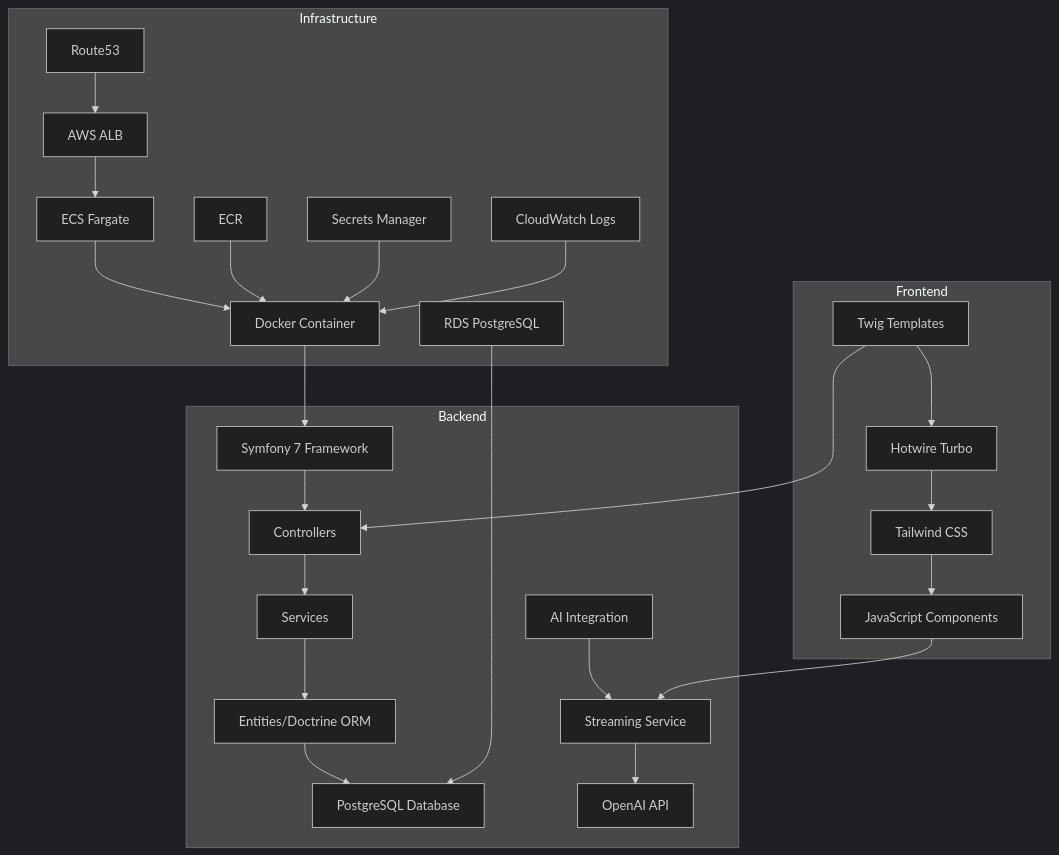
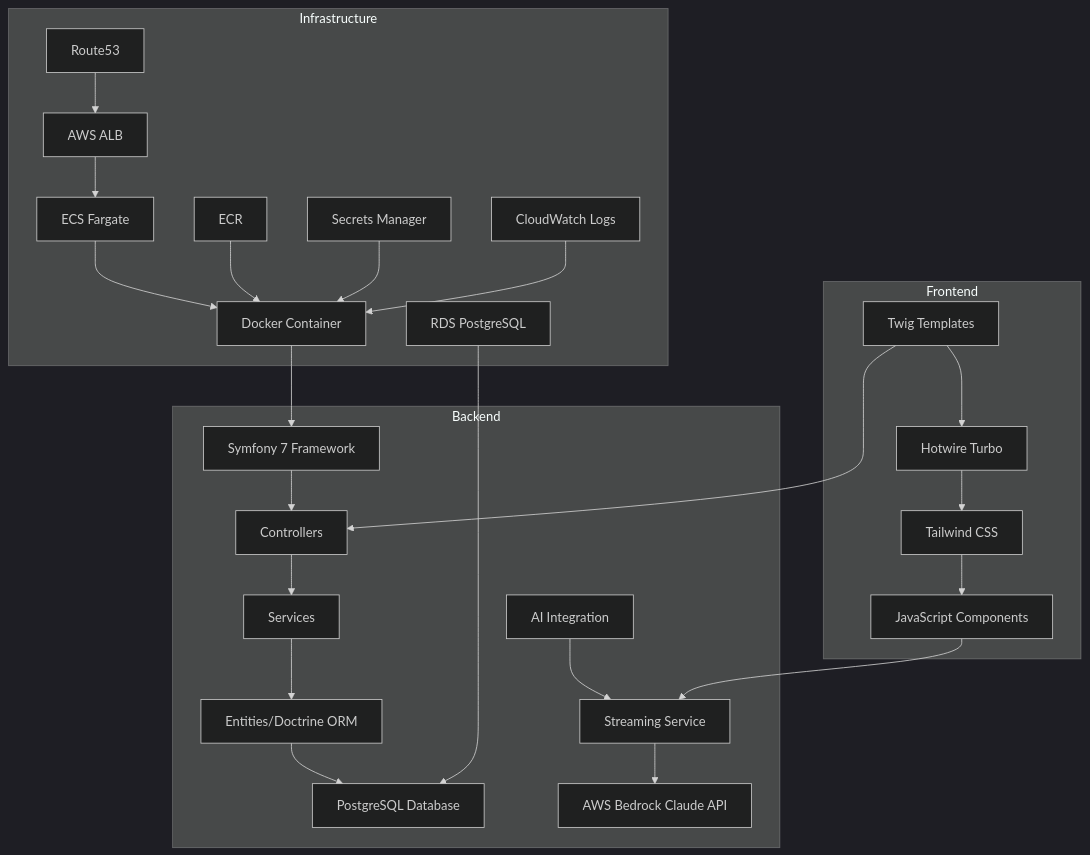
The diagram in docs/architecture/README.md (dubscode/travelbot), drawn with Mermaid (dark theme) before and after one commit. The commit also changed other lines of this file and 20 other files, not shown here.

````diff
--- a/docs/architecture/README.md
+++ b/docs/architecture/README.md
@@ -7,33 +7,33 @@
 ```mermaid
 graph TB
     subgraph "Frontend"
         A[Twig Templates] --> B[Hotwire Turbo]
         B --> C[Tailwind CSS]
         C --> D[JavaScript Components]
     end
     
     subgraph "Backend"
         E[Symfony 7 Framework] --> F[Controllers]
         F --> G[Services]
         G --> H[Entities/Doctrine ORM]
         H --> I[PostgreSQL Database]
         
         J[AI Integration] --> K[Streaming Service]
-        K --> L[OpenAI API]
+        K --> L[AWS Bedrock Claude API]
     end
     
     subgraph "Infrastructure"
         M[AWS ALB] --> N[ECS Fargate]
         N --> O[Docker Container]
         O --> E
         
         P[Route53] --> M
         Q[ECR] --> O
         R[RDS PostgreSQL] --> I
         S[Secrets Manager] --> O
         T[CloudWatch Logs] --> O
     end
     
     A --> F
     D --> K
 ```
````
